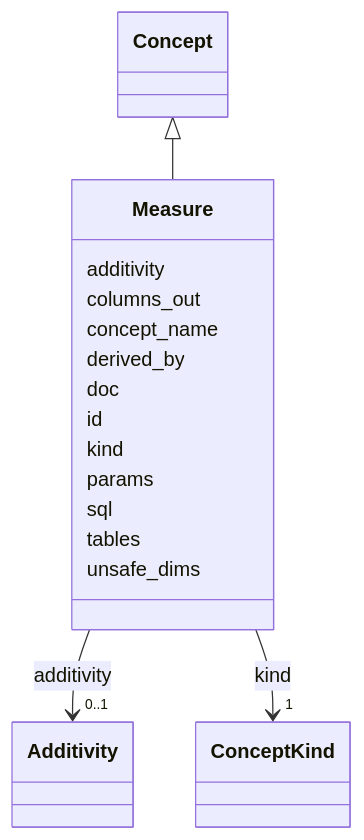
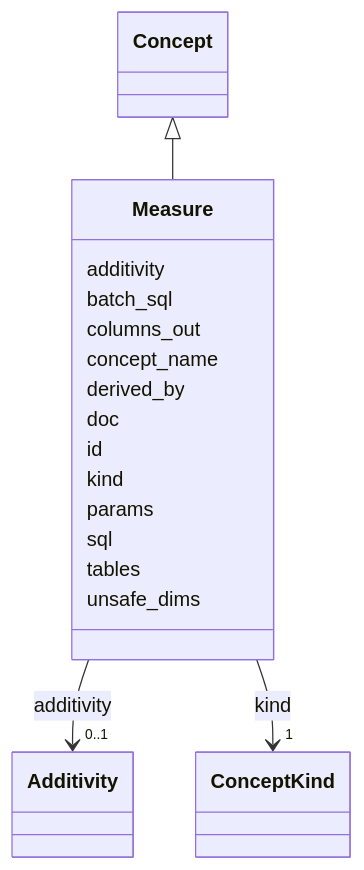
One commit to matthiasautrata/llm-policy-reasoning changed the diagram in spikes/v3/v3a-prolog/linkml/docs/schema/Measure.md. Above: the diagram before and after it, drawn with Mermaid. The commit also changed other lines of this file and 18 other files, not shown here.

Commit message:
v3a: set-form :batch_sql for reporting_chain; L2 statement +2089 -> +3 MB, bench 671 -> 241 MB, keys unchanged (PLAN-v3-memory)

````diff
--- a/spikes/v3/v3a-prolog/linkml/docs/schema/Measure.md
+++ b/spikes/v3/v3a-prolog/linkml/docs/schema/Measure.md
@@ -23,49 +23,51 @@
 ```mermaid
  classDiagram
     class Measure
     click Measure href "../Measure/"
       Concept <|-- Measure
         click Concept href "../Concept/"
       
       Measure : additivity
         
           
     
         
         
         Measure --> "0..1" Additivity : additivity
         click Additivity href "../Additivity/"
     
 
+        
+      Measure : batch_sql
         
       Measure : columns_out
         
       Measure : concept_name
         
       Measure : derived_by
         
       Measure : doc
         
       Measure : id
         
       Measure : kind
         
           
     
         
         
         Measure --> "1" ConceptKind : kind
         click ConceptKind href "../ConceptKind/"
     
 
         
       Measure : params
         
       Measure : sql
         
       Measure : tables
         
       Measure : unsafe_dims
         
       
 ```
````
